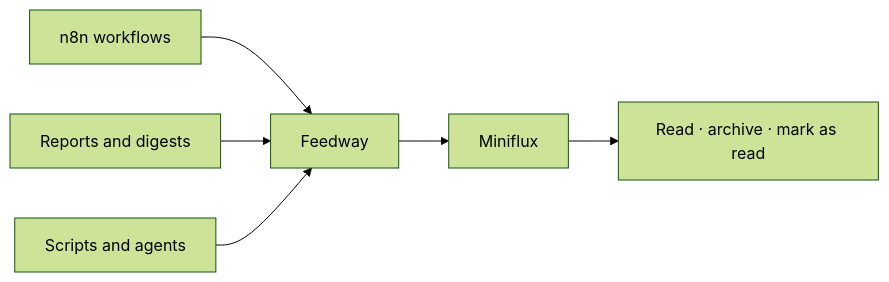
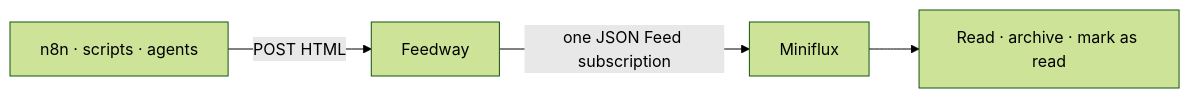
One commit to zewelor/feedway changed the diagram in README.md. Above: the diagram before and after it, drawn with Mermaid (forest theme). The commit also changed other lines of this file, not shown here.

First line of the commit message:
Update README to clarify Feedway's purpose

````diff
--- a/README.md
+++ b/README.md
@@ -16,8 +25,6 @@
 ```mermaid
 flowchart LR
-    N["n8n workflows"] --> F["Feedway"]
-    L["Reports and digests"] --> F
-    S["Scripts and agents"] --> F
-    F --> M["Miniflux"]
+    N["n8n · scripts · agents"] -->|"POST HTML"| F["Feedway"]
+    F -->|"one JSON Feed subscription"| M["Miniflux"]
     M --> R["Read · archive · mark as read"]
 ```
````
